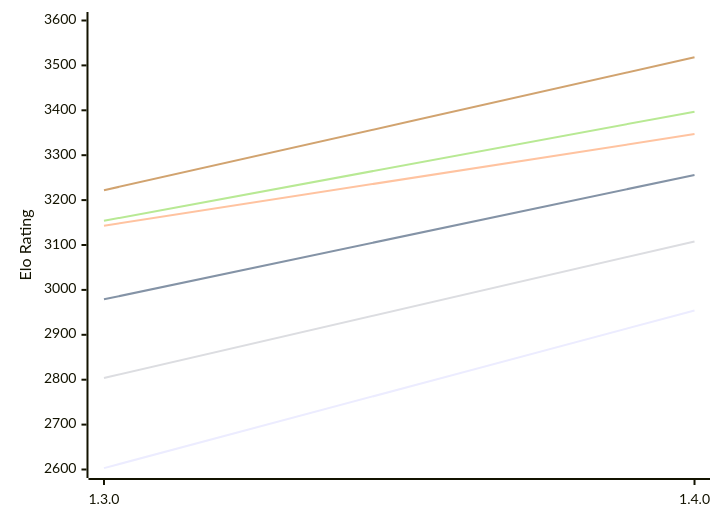
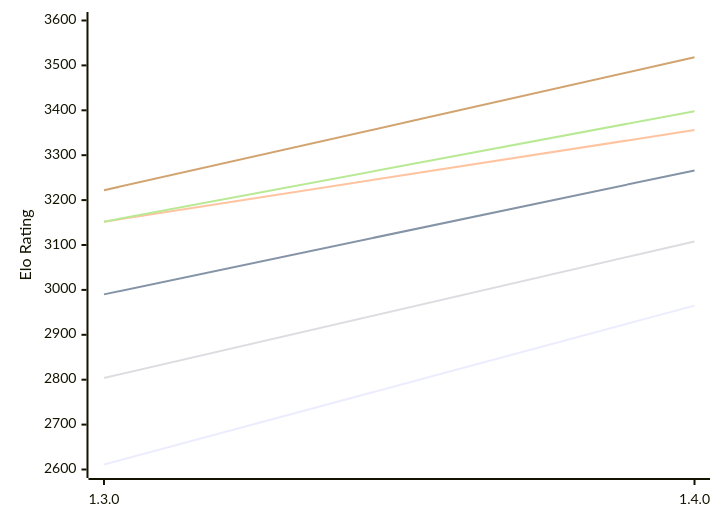
Before and after one commit to computer-chess-index/cci: the first of 2 diagrams in engines/Ember.md, drawn with Mermaid. The commit also changed other lines of this file, not shown here.

Commit message:
Update CCI Ratings (ELO VLTC) - 2026-11-07

````diff
--- a/engines/Ember.md
+++ b/engines/Ember.md
@@ -51,12 +51,12 @@
 ```mermaid
 %%{init: {"theme":"base","themeVariables":{"seriesColors:['#a3a3a3','#222221','#faa371']}}}%%
 xychart-beta
   x-axis ["1.3.0", "1.4.0"]
   y-axis "Elo Rating" 2600 --> 3600
-  line "E1: STC (8.0+0.08s)" [2603, 2954]
-  line "E1: LTC (60.0+0.60s)" [2979, 3256]
-  line "E1: VLTC (2m24s+1.12s)" [3143, 3347]
+  line "E1: STC (8.0+0.08s)" [2611, 2965]
+  line "E1: LTC (60.0+0.60s)" [2990, 3266]
+  line "E1: VLTC (2m24s+1.12s)" [3152, 3356]
   line "P1: STC (8.0+0.08s)" [2804, 3108]
-  line "P1: LTC (60.0+0.60s)" [3154, 3397]
+  line "P1: LTC (60.0+0.60s)" [3152, 3398]
   line "P1: VLTC (2m24s+1.12s)" [3222, 3518]
 ```
````
